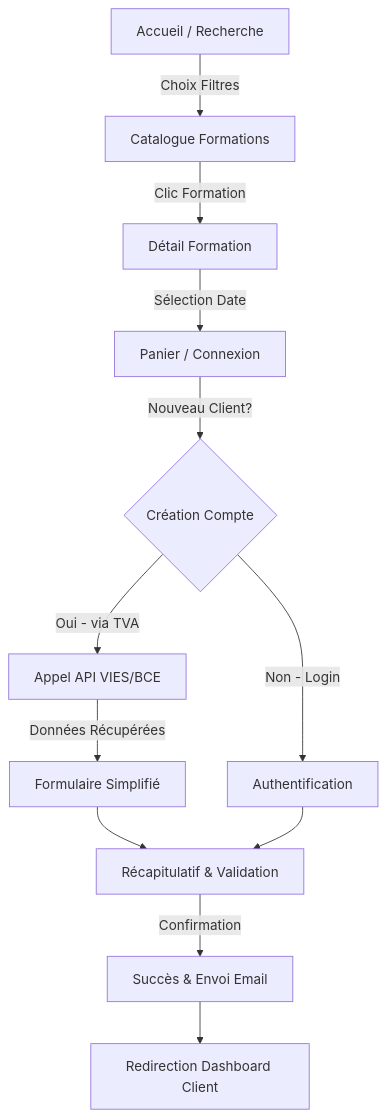
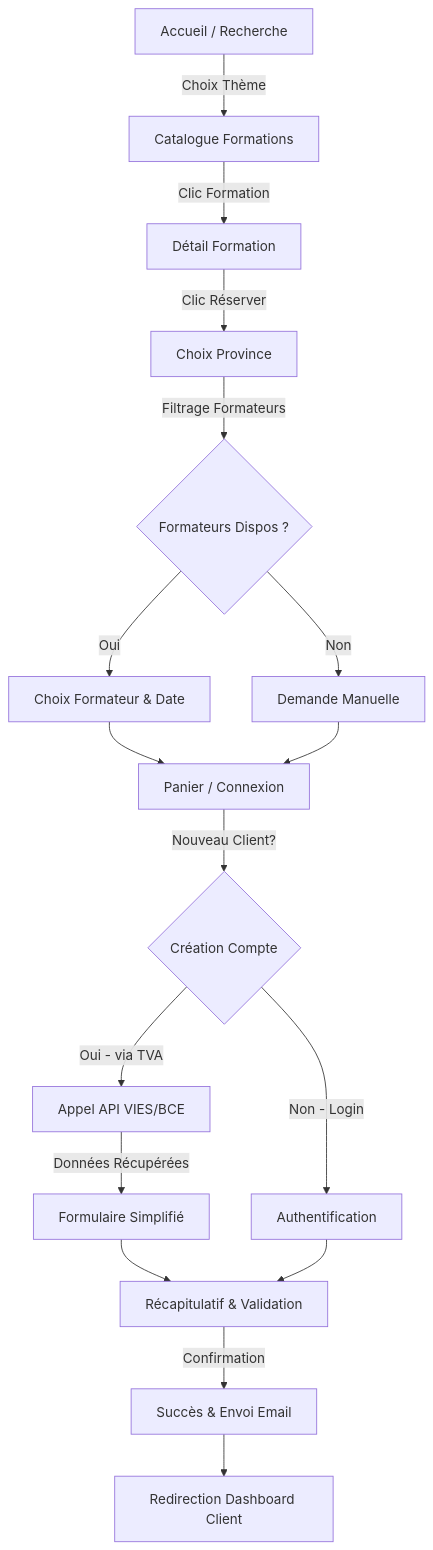
The first of 2 diagrams in docs/03_wireframes_fonctionnels.md (Ganngann/form-act), drawn with Mermaid before and after one commit. The commit also changed other lines of this file and 2 other files, not shown here.

Commit message:
docs: update reservation flow to move province selection to checkout

````diff
--- a/docs/03_wireframes_fonctionnels.md
+++ b/docs/03_wireframes_fonctionnels.md
@@ -12,14 +12,19 @@
 ```mermaid
 graph TD
-    A[Accueil / Recherche] -->|Choix Filtres| B[Catalogue Formations]
+    A[Accueil / Recherche] -->|Choix Thème| B[Catalogue Formations]
     B -->|Clic Formation| C[Détail Formation]
-    C -->|Sélection Date| D[Panier / Connexion]
+    C -->|Clic Réserver| C1[Choix Province]
+    C1 -->|Filtrage Formateurs| C2{Formateurs Dispos ?}
+    C2 -->|Oui| C3[Choix Formateur & Date]
+    C2 -->|Non| C4[Demande Manuelle]
+    C3 --> D[Panier / Connexion]
+    C4 --> D
     D -->|Nouveau Client?| E{Création Compte}
     E -->|Oui - via TVA| F[Appel API VIES/BCE]
     F -->|Données Récupérées| G[Formulaire Simplifié]
     E -->|Non - Login| H[Authentification]
     G --> I[Récapitulatif & Validation]
     H --> I
     I -->|Confirmation| J[Succès & Envoi Email]
     J --> K[Redirection Dashboard Client]
 ```
````
